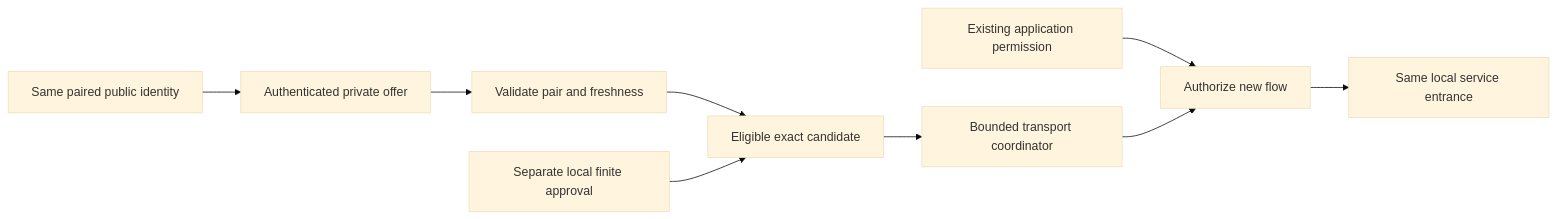
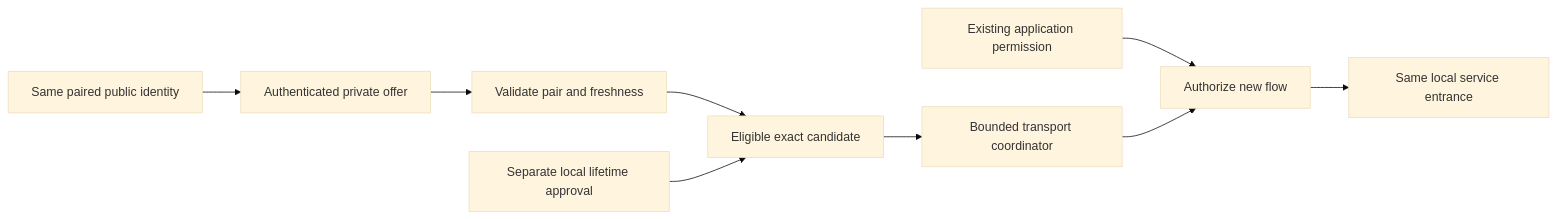
The diagram in docs/ROUTE_RECOVERY_DESIGN.en.md (webkaz-labs/sobalink), drawn with Mermaid (base theme) before and after one commit. The commit also changed other lines of this file and 19 other files, not shown here.

````diff
--- a/docs/ROUTE_RECOVERY_DESIGN.en.md
+++ b/docs/ROUTE_RECOVERY_DESIGN.en.md
@@ -11,11 +11,11 @@
 ```mermaid
 flowchart LR
     P[Same paired public identity] --> O[Authenticated private offer]
     O --> V[Validate pair and freshness]
     V --> E[Eligible exact candidate]
-    L[Separate local finite approval] --> E
+    L[Separate local lifetime approval] --> E
     E --> T[Bounded transport coordinator]
     A[Existing application permission] --> G[Authorize new flow]
     T --> G
     G --> S[Same local service entrance]
 ```
````
